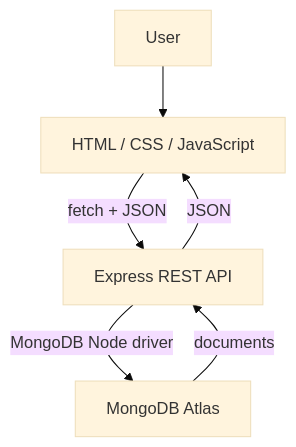
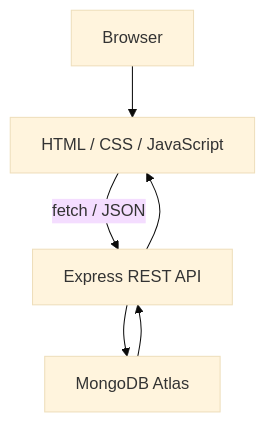
One commit to ltortorigi/fullstack-brain-bucket changed the diagram in docs/README.md. Above: the diagram before and after it, drawn with Mermaid (base theme). The commit also changed other lines of this file, not shown here.

````diff
--- a/docs/README.md
+++ b/docs/README.md
@@ -59,8 +64,8 @@
 ```mermaid
 flowchart TD
-  User[User] --> Client[HTML / CSS / JavaScript]
-  Client -->|fetch + JSON| API[Express REST API]
-  API -->|MongoDB Node driver| DB[MongoDB Atlas]
-  DB -->|documents| API
-  API -->|JSON| Client
+  User[Browser] --> Client[HTML / CSS / JavaScript]
+  Client -->|fetch / JSON| API[Express REST API]
+  API --> DB[MongoDB Atlas]
+  DB --> API
+  API --> Client
 ```
````
